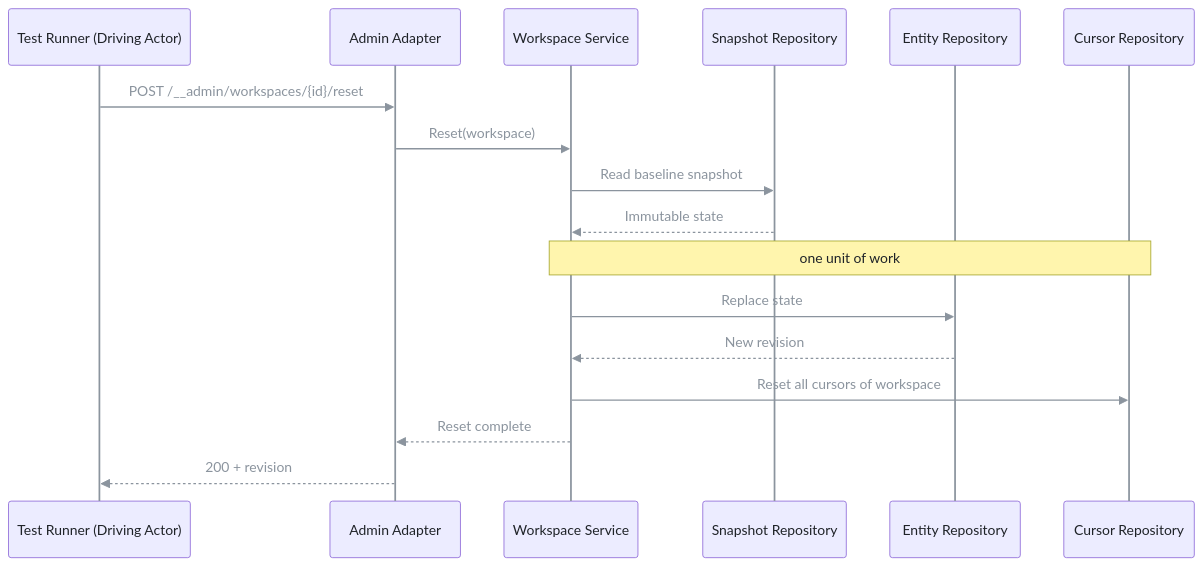
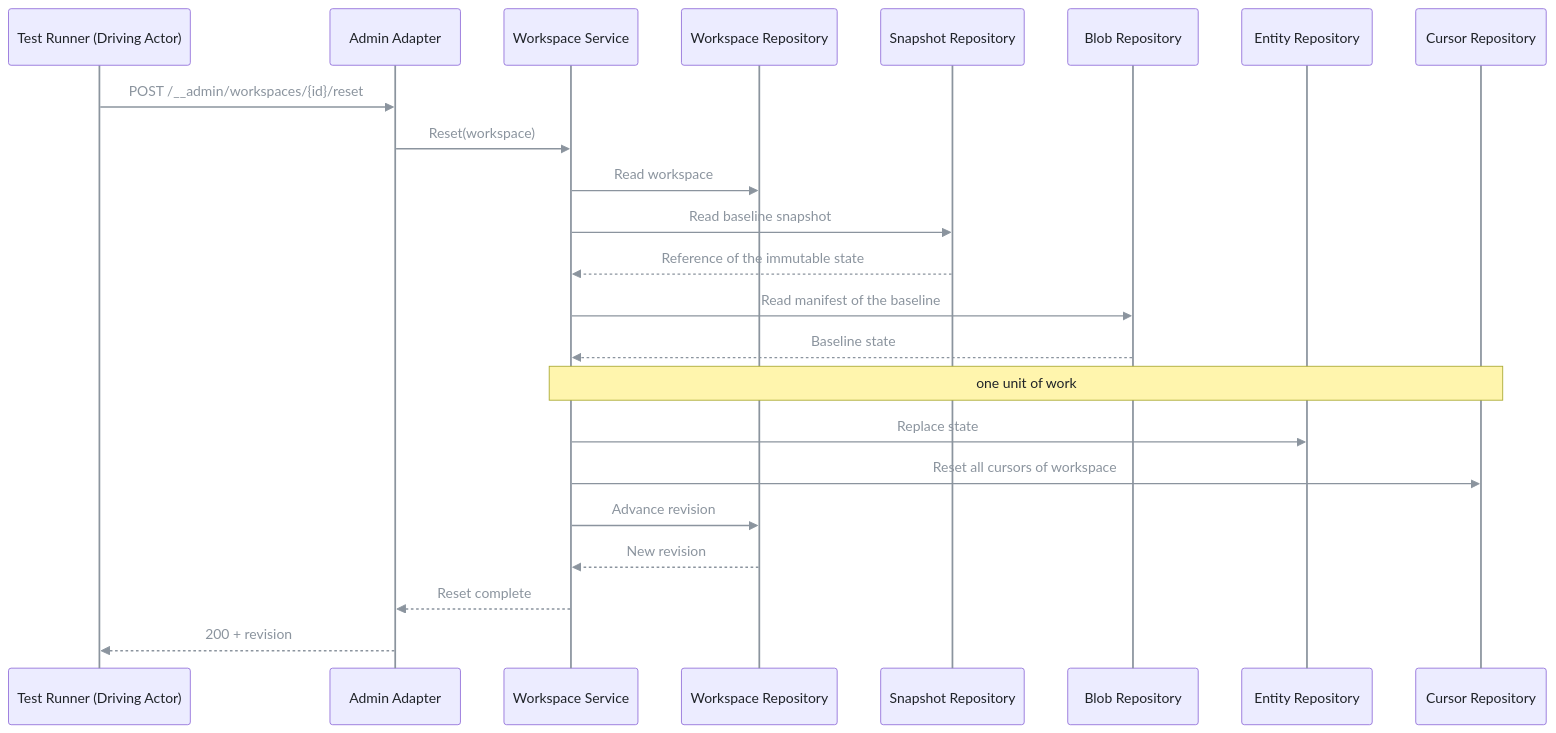
Before and after one commit to pt9912/odata-recorder: the sixth of 11 diagrams in spec/architecture.md, drawn with Mermaid. The commit also changed other lines of this file and 2 other files, not shown here.

Commit message:
Architect: SPEC-129 (Vertrag WorkspaceUseCase), Tabelle Zusage-Faenger, Raster und Paare, Block der Groessenmarke (Architect-Teil), Nachzuege SPEC-003/043/005/096/109 und architecture 3/4.5, Plan-Bezug (LH-FA-09, LH-FA-04, ADR-0006)

````diff
--- a/spec/architecture.md
+++ b/spec/architecture.md
@@ -401,20 +401,26 @@
 ```mermaid
 %%{init: {'themeVariables': {'lineColor': '#8b949e', 'signalColor': '#8b949e', 'signalTextColor': '#8b949e', 'actorLineColor': '#8b949e', 'loopTextColor': '#8b949e', 'textColor': '#c9d1d9', 'primaryTextColor': '#1f2328', 'nodeTextColor': '#1f2328', 'actorTextColor': '#1f2328', 'noteTextColor': '#1f2328', 'edgeLabelBackground': '#30363d'}}}%%
 sequenceDiagram
     participant T as Test Runner (Driving Actor)
     participant A as Admin Adapter
     participant W as Workspace Service
+    participant R as Workspace Repository
     participant S as Snapshot Repository
+    participant B as Blob Repository
     participant E as Entity Repository
     participant K as Cursor Repository
     T->>A: POST /__admin/workspaces/{id}/reset
     A->>W: Reset(workspace)
+    W->>R: Read workspace
     W->>S: Read baseline snapshot
-    S-->>W: Immutable state
+    S-->>W: Reference of the immutable state
+    W->>B: Read manifest of the baseline
+    B-->>W: Baseline state
     Note over W,K: one unit of work
     W->>E: Replace state
-    E-->>W: New revision
     W->>K: Reset all cursors of workspace
+    W->>R: Advance revision
+    R-->>W: New revision
     W-->>A: Reset complete
     A-->>T: 200 + revision
 ```
````
